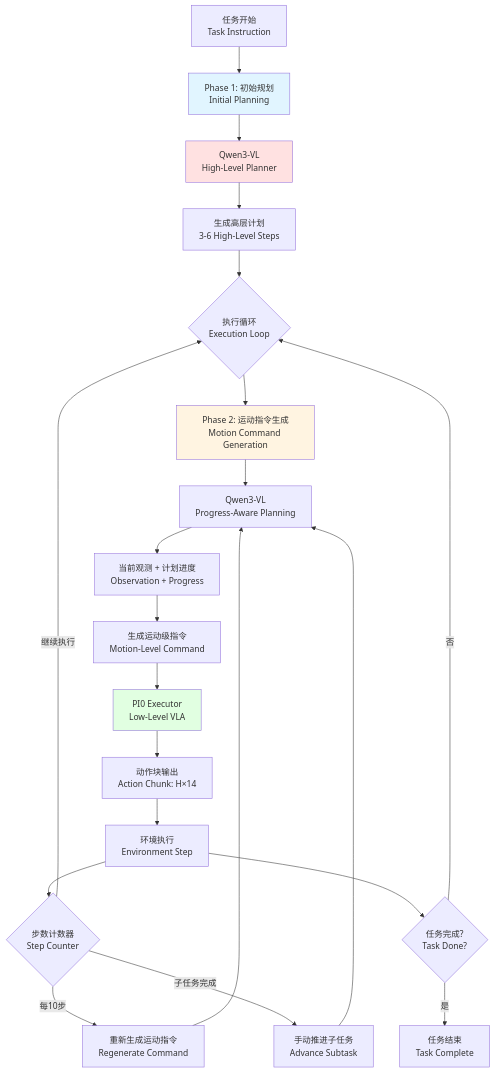
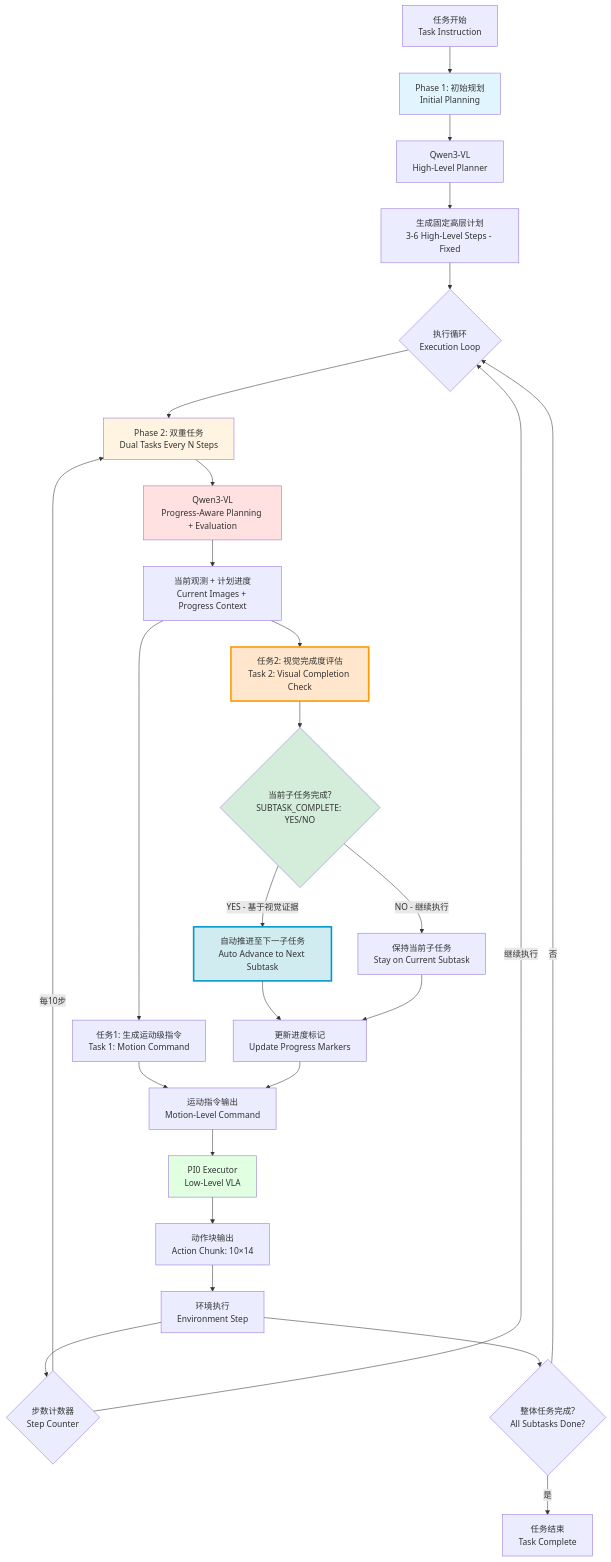
The diagram in doc/report/report.md (MasterYip/RoboTwin_HierVLA), drawn with Mermaid before and after one commit. The commit also changed other lines of this file, not shown here.

````diff
--- a/doc/report/report.md
+++ b/doc/report/report.md
@@ -186,32 +186,48 @@
 ```mermaid
 graph TD
     A[任务开始<br/>Task Instruction] --> B[Phase 1: 初始规划<br/>Initial Planning]
     B --> C[Qwen3-VL<br/>High-Level Planner]
-    C --> D[生成高层计划<br/>3-6 High-Level Steps]
+    C --> D[生成固定高层计划<br/>3-6 High-Level Steps - Fixed]
     D --> E{执行循环<br/>Execution Loop}
     
-    E --> F[Phase 2: 运动指令生成<br/>Motion Command Generation]
-    F --> G[Qwen3-VL<br/>Progress-Aware Planning]
-    G --> H[当前观测 + 计划进度<br/>Observation + Progress]
-    H --> I[生成运动级指令<br/>Motion-Level Command]
+    E --> F[Phase 2: 双重任务<br/>Dual Tasks Every N Steps]
+    F --> G[Qwen3-VL<br/>Progress-Aware Planning + Evaluation]
+    G --> H[当前观测 + 计划进度<br/>Current Images + Progress Context]
+    H --> I[任务1: 生成运动级指令<br/>Task 1: Motion Command]
+    H --> J[任务2: 视觉完成度评估<br/>Task 2: Visual Completion Check]
     
-    I --> J[PI0 Executor<br/>Low-Level VLA]
-    J --> K[动作块输出<br/>Action Chunk: H×14]
-    K --> L[环境执行<br/>Environment Step]
+    I --> K[运动指令输出<br/>Motion-Level Command]
+    J --> L{当前子任务完成?<br/>SUBTASK_COMPLETE: YES/NO}
     
-    L --> M{步数计数器<br/>Step Counter}
-    M -->|每10步| N[重新生成运动指令<br/>Regenerate Command]
-    N --> G
-    M -->|子任务完成| O[手动推进子任务<br/>Advance Subtask]
-    O --> G
-    M -->|继续执行| E
+    L -->|YES - 基于视觉证据| M[自动推进至下一子任务<br/>Auto Advance to Next Subtask]
+    L -->|NO - 继续执行| N[保持当前子任务<br/>Stay on Current Subtask]
     
-    L --> P{任务完成?<br/>Task Done?}
-    P -->|否| E
-    P -->|是| Q[任务结束<br/>Task Complete]
+    M --> O[更新进度标记<br/>Update Progress Markers]
+    N --> O
+    O --> K
+    
+    K --> P[PI0 Executor<br/>Low-Level VLA]
+    P --> Q[动作块输出<br/>Action Chunk: 10×14]
+    Q --> R[环境执行<br/>Environment Step]
+    
+    R --> S{步数计数器<br/>Step Counter}
+    S -->|每10步| F
+    S -->|继续执行| E
+    
+    R --> T{整体任务完成?<br/>All Subtasks Done?}
+    T -->|否| E
+    T -->|是| U[任务结束<br/>Task Complete]
     
     style B fill:#e1f5ff
     style F fill:#fff4e1
-    style C fill:#ffe1e1
-    style J fill:#e1ffe1
+    style G fill:#ffe1e1
+    style J fill:#ffe6cc
+    style L fill:#d4edda
+    style M fill:#d1ecf1
+    style P fill:#e1ffe1
+    
+    classDef perceptionNode fill:#ffe6cc,stroke:#ff9900,stroke-width:3px
+    classDef autoAdvance fill:#d1ecf1,stroke:#0099cc,stroke-width:3px
+    class J perceptionNode
+    class M autoAdvance
 ```
````
